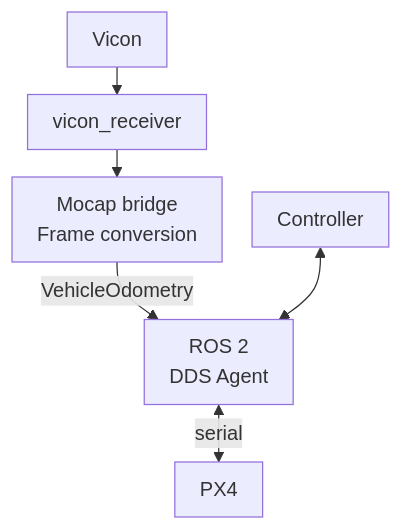
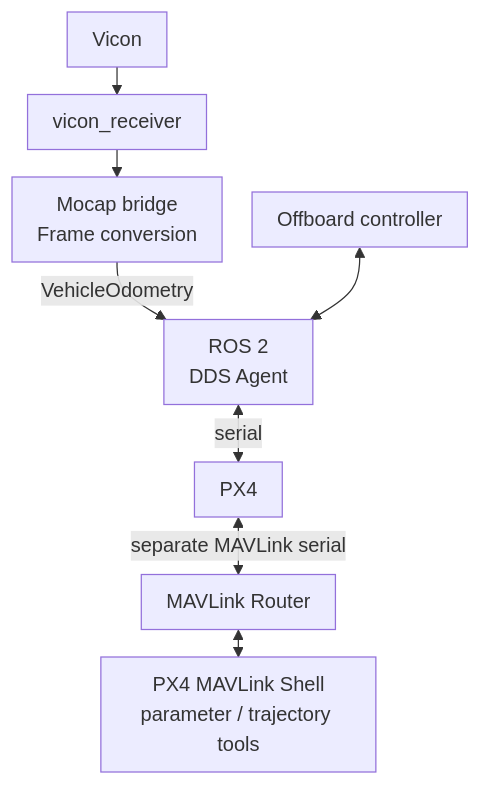
One commit to ANCL/px4-dev-toolkit changed the diagram in docs/environments/hardware.md. Above: the diagram before and after it, drawn with Mermaid. The commit also changed other lines of this file and 42 other files, not shown here.

````diff
--- a/docs/environments/hardware.md
+++ b/docs/environments/hardware.md
@@ -18,17 +19,19 @@
 ```mermaid
 ---
 config:
   flowchart:
     useMaxWidth: true
     wrappingWidth: 180
     padding: 10
     rankSpacing: 22
     nodeSpacing: 24
 ---
 flowchart TB
     V["Vicon"] --> VR["vicon_receiver"]
     VR --> B["Mocap bridge<br/>Frame conversion"]
     B -->|VehicleOdometry| X["ROS 2<br/>DDS Agent"]
     X <-->|serial| P["PX4"]
-    C["Controller"] <--> X
+    C["Offboard controller"] <--> X
+    P <-->|separate MAVLink serial| MR["MAVLink Router"]
+    MR <--> S["PX4 MAVLink Shell<br/>parameter / trajectory tools"]
 ```
````
